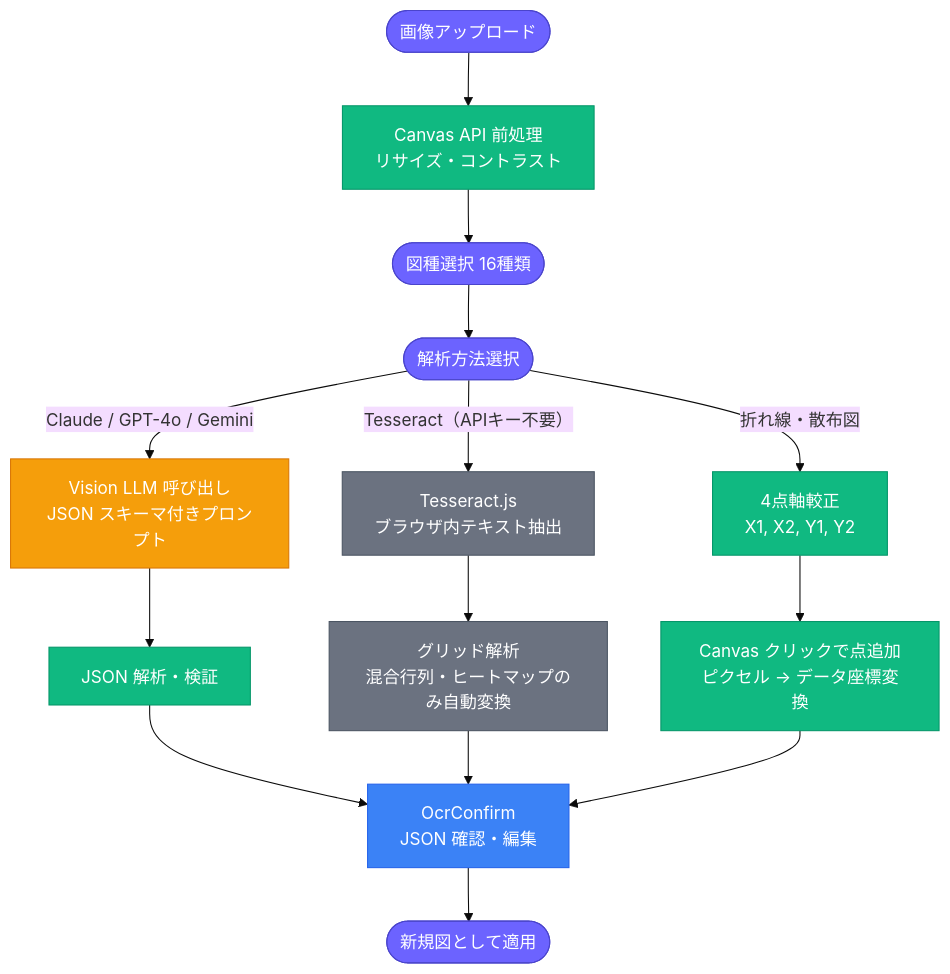
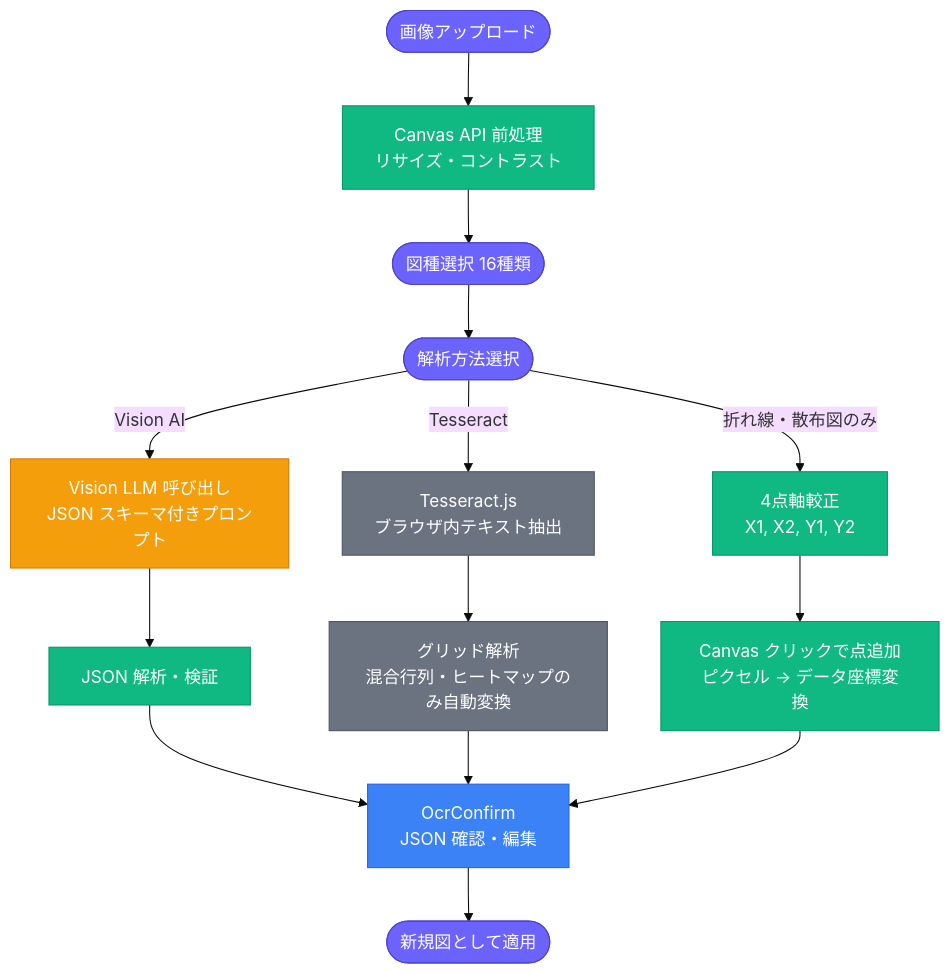
Before and after one commit to Axe0320/figure-modification: the second of 3 diagrams in README.md, drawn with Mermaid (base theme). The commit also changed other lines of this file and 7 other files, not shown here.

````diff
--- a/README.md
+++ b/README.md
@@ -183,40 +184,40 @@
 ```mermaid
 flowchart TD
     classDef ui    fill:#6C63FF,color:#fff,stroke:#4a44cc
     classDef proc  fill:#10B981,color:#fff,stroke:#059669
     classDef ai    fill:#F59E0B,color:#fff,stroke:#D97706
     classDef local fill:#6B7280,color:#fff,stroke:#4B5563
     classDef edit  fill:#3B82F6,color:#fff,stroke:#2563EB
 
     UP([画像アップロード]):::ui
-    PRE["Canvas API 前処理\nリサイズ・コントラスト"]:::proc
+    PRE["Canvas API 前処理<br/>リサイズ・コントラスト"]:::proc
     TYPE([図種選択 16種類]):::ui
     PROV([解析方法選択]):::ui
 
     UP --> PRE
     PRE --> TYPE --> PROV
 
-    PROV -->|"Claude / GPT-4o / Gemini"| VISION
-    PROV -->|"Tesseract（APIキー不要）"| TESS
-    PROV -->|"折れ線・散布図"| CALIB
+    PROV -->|"Vision AI"| VISION
+    PROV -->|"Tesseract"| TESS
+    PROV -->|"折れ線・散布図のみ"| CALIB
 
-    VISION["Vision LLM 呼び出し\nJSON スキーマ付きプロンプト"]:::ai
+    VISION["Vision LLM 呼び出し<br/>JSON スキーマ付きプロンプト"]:::ai
     PARSE["JSON 解析・検証"]:::proc
     VISION --> PARSE
 
-    TESS["Tesseract.js\nブラウザ内テキスト抽出"]:::local
-    GRID["グリッド解析\n混合行列・ヒートマップのみ自動変換"]:::local
+    TESS["Tesseract.js<br/>ブラウザ内テキスト抽出"]:::local
+    GRID["グリッド解析<br/>混合行列・ヒートマップのみ自動変換"]:::local
     TESS --> GRID
 
-    CALIB["4点軸較正\nX1, X2, Y1, Y2"]:::proc
-    CLICK["Canvas クリックで点追加\nピクセル → データ座標変換"]:::proc
+    CALIB["4点軸較正<br/>X1, X2, Y1, Y2"]:::proc
+    CLICK["Canvas クリックで点追加<br/>ピクセル → データ座標変換"]:::proc
     CALIB --> CLICK
 
-    CONFIRM["OcrConfirm\nJSON 確認・編集"]:::edit
+    CONFIRM["OcrConfirm<br/>JSON 確認・編集"]:::edit
     APPLY([新規図として適用]):::ui
 
     PARSE --> CONFIRM
     GRID  --> CONFIRM
     CLICK --> CONFIRM
     CONFIRM --> APPLY
 ```
````
